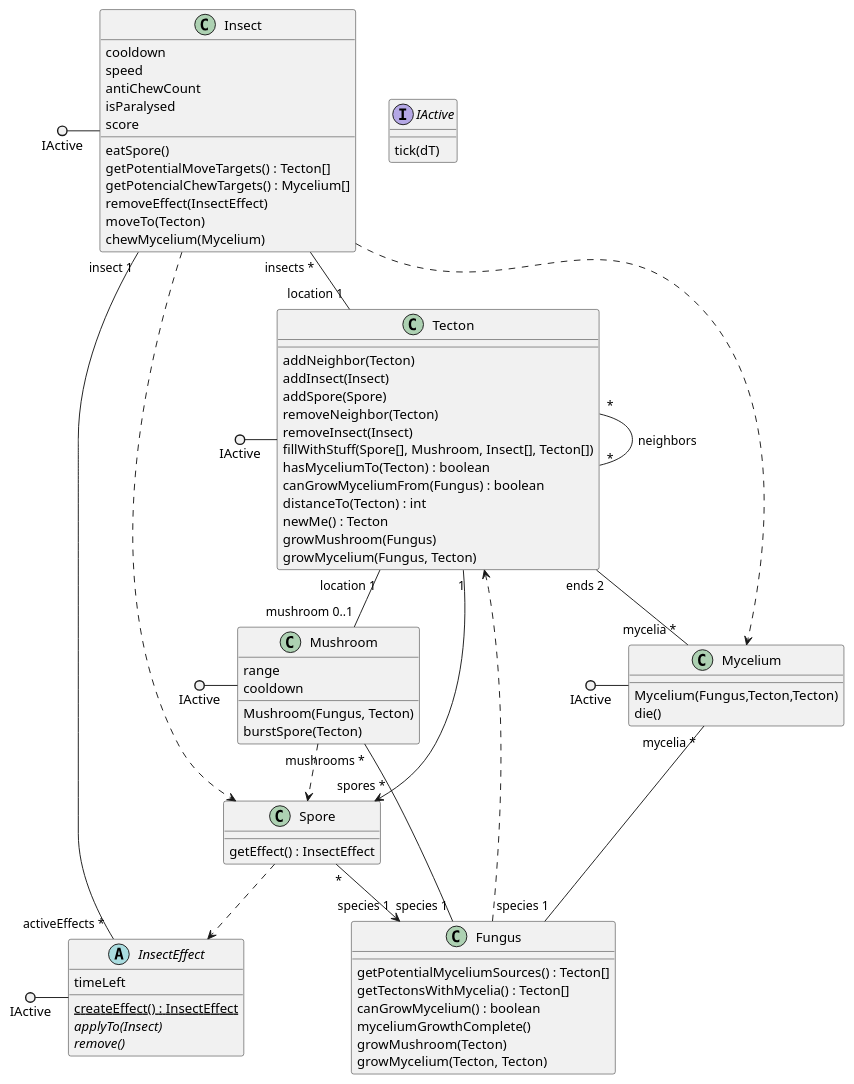
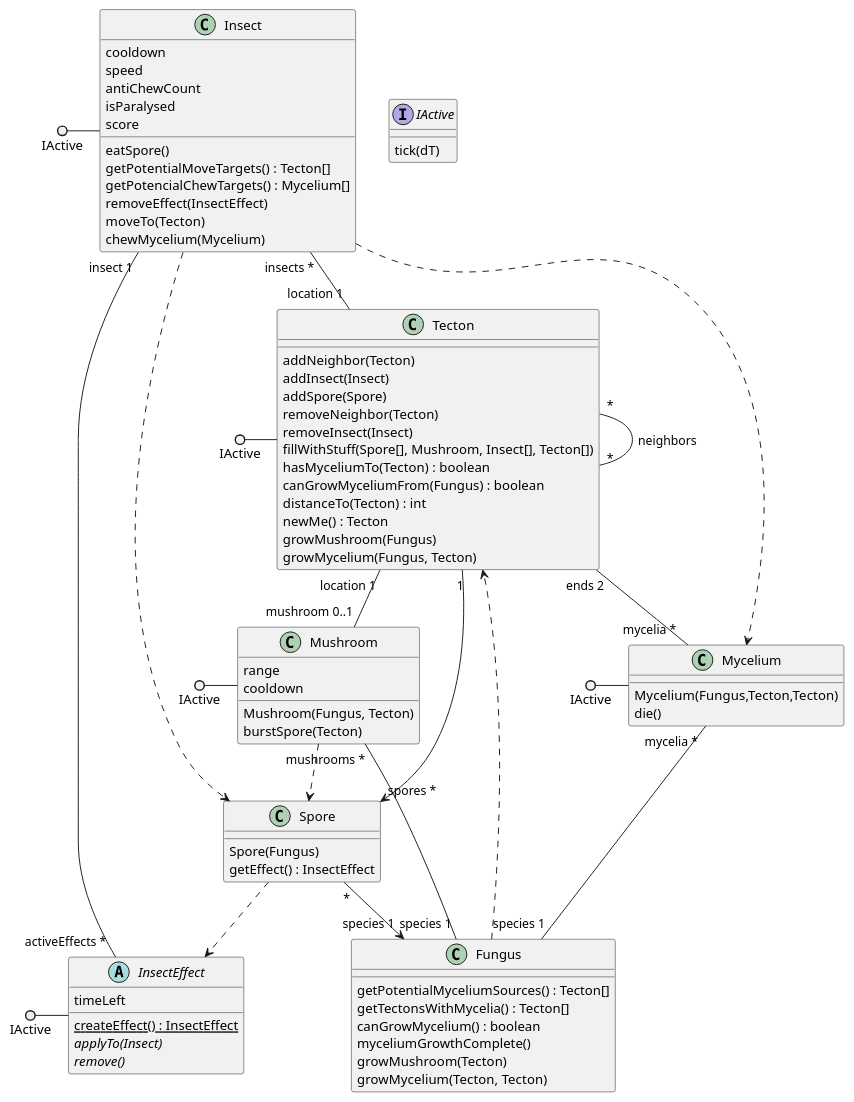
The diagram in SeqAndClassDiagrams/classes.pu (ZD4ve/projlab-error521), drawn with PlantUML before and after one commit. The commit also changed 2 other files, not shown here.

Commit message:
spore fixed

```diff
--- a/SeqAndClassDiagrams/classes.pu
+++ b/SeqAndClassDiagrams/classes.pu
@@ -1,83 +1,84 @@
 @startuml classes
 interface IActive {
     tick(dT)
 }
 class Tecton {
     addNeighbor(Tecton)
     addInsect(Insect)
     addSpore(Spore)
     removeNeighbor(Tecton)
     removeInsect(Insect)
     fillWithStuff(Spore[], Mushroom, Insect[], Tecton[])
     hasMyceliumTo(Tecton) : boolean
     canGrowMyceliumFrom(Fungus) : boolean
     distanceTo(Tecton) : int
     newMe() : Tecton
     growMushroom(Fungus)
     growMycelium(Fungus, Tecton)
 }
 class Fungus {
     getPotentialMyceliumSources() : Tecton[]
     getTectonsWithMycelia() : Tecton[]
     canGrowMycelium() : boolean
     myceliumGrowthComplete()
     growMushroom(Tecton)
     growMycelium(Tecton, Tecton)
 }
 class Mycelium {
     Mycelium(Fungus,Tecton,Tecton)
     die()
 }
 class Mushroom {
     range
     cooldown
     Mushroom(Fungus, Tecton)
     burstSpore(Tecton)
 }
 class Spore {
+    Spore(Fungus)
     getEffect() : InsectEffect
 }
 class Insect {
     cooldown
     speed
     antiChewCount
     isParalysed
     score
     eatSpore()
     getPotentialMoveTargets() : Tecton[]
     getPotencialChewTargets() : Mycelium[]
     removeEffect(InsectEffect)
     moveTo(Tecton)
     chewMycelium(Mycelium)
 }
 abstract InsectEffect {
     timeLeft
     {static} createEffect() : InsectEffect
     {abstract} applyTo(Insect)
     {abstract} remove()
 }
 
 IActive ()- Tecton
 IActive ()- Mushroom
 IActive ()- Mycelium
 IActive ()- Insect
 IActive ()- InsectEffect
 
 Tecton "*" -- "*" Tecton : neighbors
 Tecton "ends 2" -- "mycelia *" Mycelium
 Tecton "1" --> "spores *" Spore
 Tecton "location 1" -- "mushroom 0..1" Mushroom
 
 Mycelium "mycelia *" -- "species 1" Fungus
 Insect "insect 1" -- "activeEffects *" InsectEffect
 Insect "insects *" -- "location 1" Tecton
 Fungus "species 1" -- "mushrooms *" Mushroom
 Spore "*" --> "species 1" Fungus
 
 Fungus ..> Tecton
 Spore ..> InsectEffect
 Insect ..> Mycelium
 Insect ..> Spore
 Mushroom ..> Spore
 
 @enduml
```
